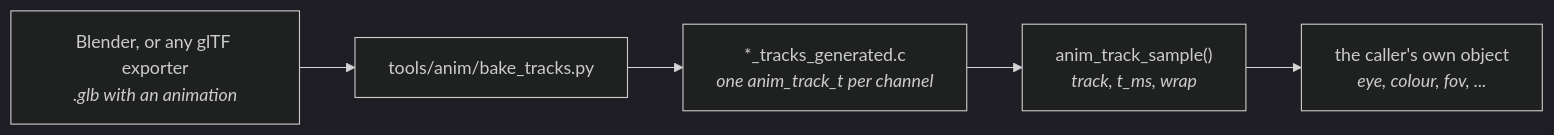
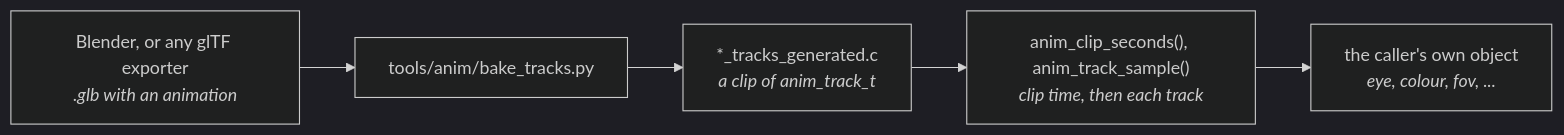
Before and after one commit to jose-villegas/autana: the diagram in docs/Animation-Tracks.md, drawn with Mermaid (dark theme). The commit also changed other lines of this file and 19 other files, not shown here.

Commit message:
anim: one clip timeline, integer-ms wrap; a shared glTF reader; pointer tracks bound by object name

````diff
--- a/docs/Animation-Tracks.md
+++ b/docs/Animation-Tracks.md
@@ -13,7 +13,7 @@
 ```mermaid
 flowchart LR
     Author["Blender, or any glTF exporter<br/><i>.glb with an animation</i>"] --> Bake["tools/anim/bake_tracks.py"]
-    Bake --> C["*_tracks_generated.c<br/><i>one anim_track_t per channel</i>"]
-    C --> Sample["anim_track_sample()<br/><i>track, t_ms, wrap</i>"]
+    Bake --> C["*_tracks_generated.c<br/><i>a clip of anim_track_t</i>"]
+    C --> Sample["anim_clip_seconds(), anim_track_sample()<br/><i>clip time, then each track</i>"]
     Sample --> Caller["the caller's own object<br/><i>eye, colour, fov, ...</i>"]
 ```
````
